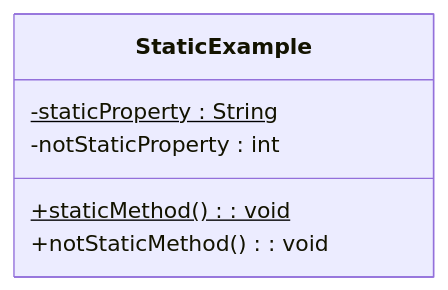
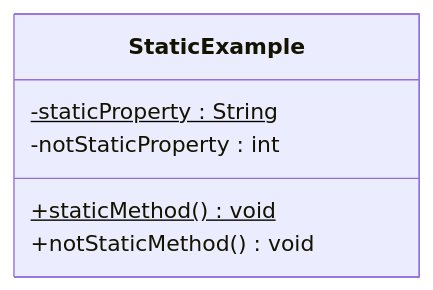
The diagram in Articles/UML Class Diagrams/009 Static.md (TroelsMortensen/Codelabs2), drawn with Mermaid before and after one commit. The commit also changed 5 other files, not shown here.

````diff
--- a/Articles/UML Class Diagrams/009 Static.md
+++ b/Articles/UML Class Diagrams/009 Static.md
@@ -7,9 +7,9 @@
 ```mermaid
 classDiagram
     class StaticExample {
-        <static> -staticProperty : String$
+        -staticProperty : String$
         -notStaticProperty : int
-        <static> +staticMethod() : void$
-        +notStaticMethod() : void
+        +staticMethod() void$
+        +notStaticMethod() void
     }
 ```
````
